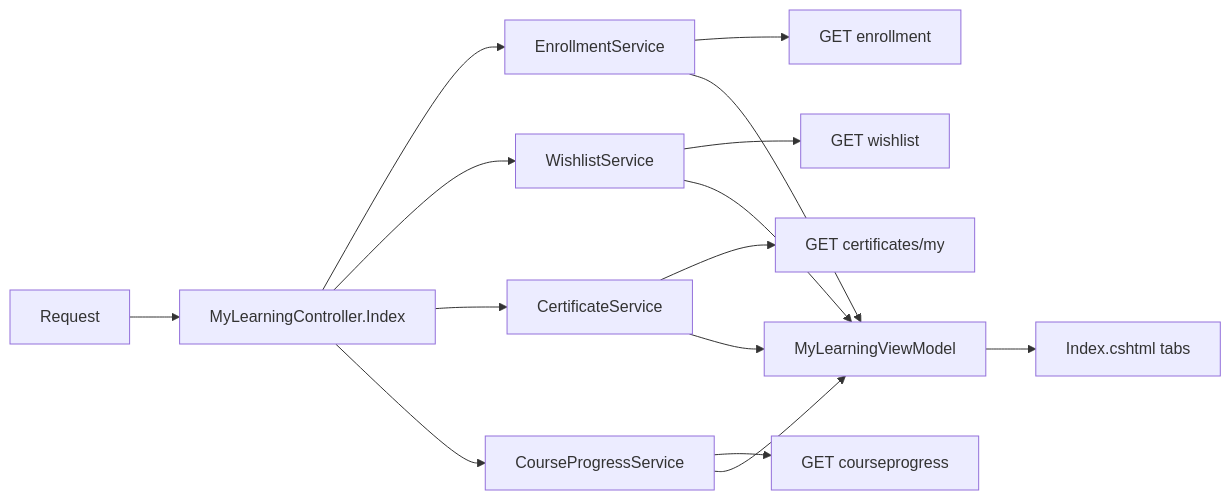
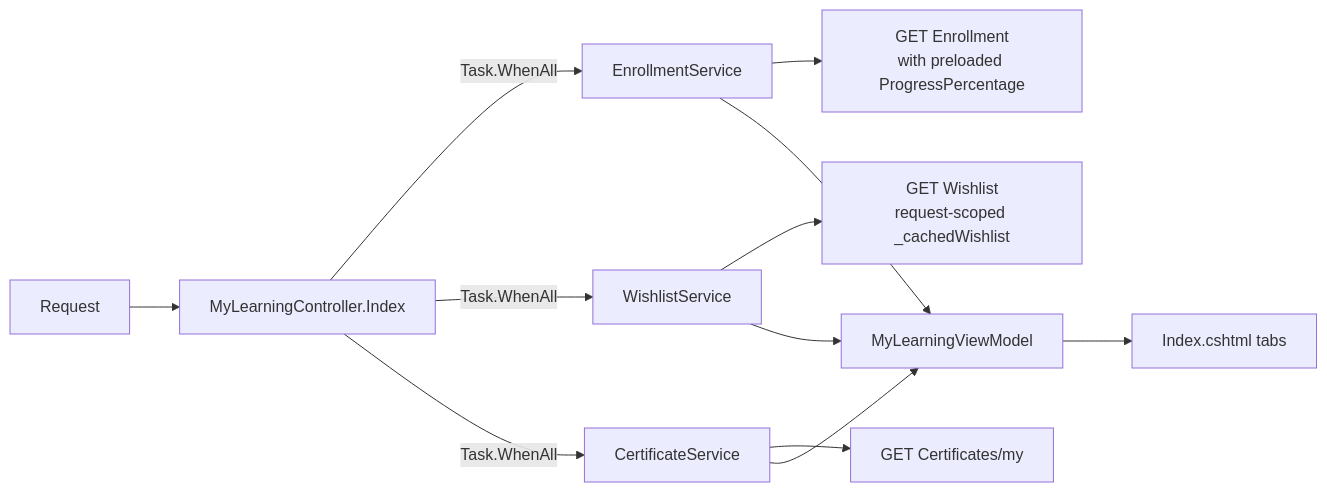
The second of 3 diagrams in Documentation/Modules/MVC/Learner/MyLearningController.md (MohamedGasser15/Education-Lab), drawn with Mermaid before and after one commit. The commit also changed other lines of this file and 20 other files, not shown here.

Commit message:
docs(modules): update system architecture and module documentation

````diff
--- a/Documentation/Modules/MVC/Learner/MyLearningController.md
+++ b/Documentation/Modules/MVC/Learner/MyLearningController.md
@@ -128,13 +131,11 @@
 ```mermaid
 flowchart LR
     A[Request] --> B[MyLearningController.Index]
-    B --> C[EnrollmentService] --> D[GET enrollment]
-    B --> E[WishlistService] --> F[GET wishlist]
-    B --> G[CertificateService] --> H[GET certificates/my]
-    B --> I[CourseProgressService] --> J[GET courseprogress]
+    B -->|Task.WhenAll| C[EnrollmentService] --> D[GET Enrollment<br/>with preloaded ProgressPercentage]
+    B -->|Task.WhenAll| E[WishlistService] --> F[GET Wishlist<br/>request-scoped _cachedWishlist]
+    B -->|Task.WhenAll| G[CertificateService] --> H[GET Certificates/my]
     C --> K[MyLearningViewModel]
     E --> K
     G --> K
-    I --> K
     K --> L[Index.cshtml tabs]
 ```
````
